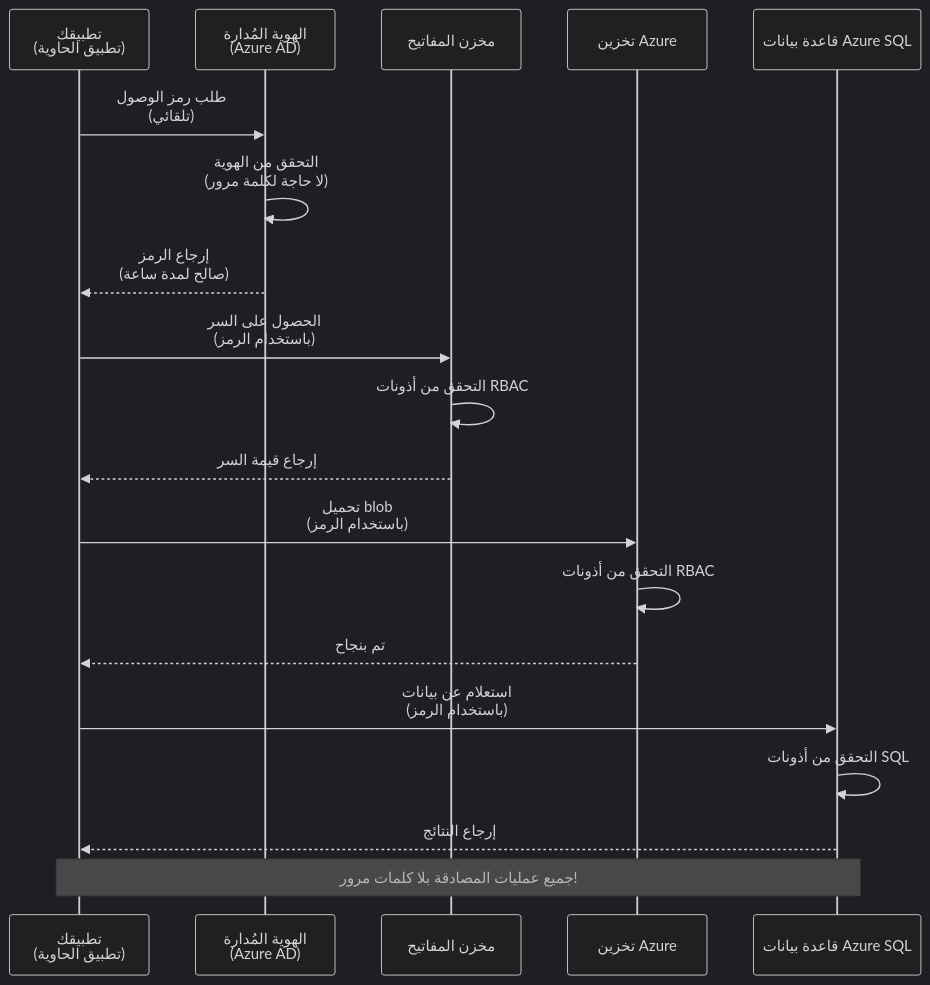
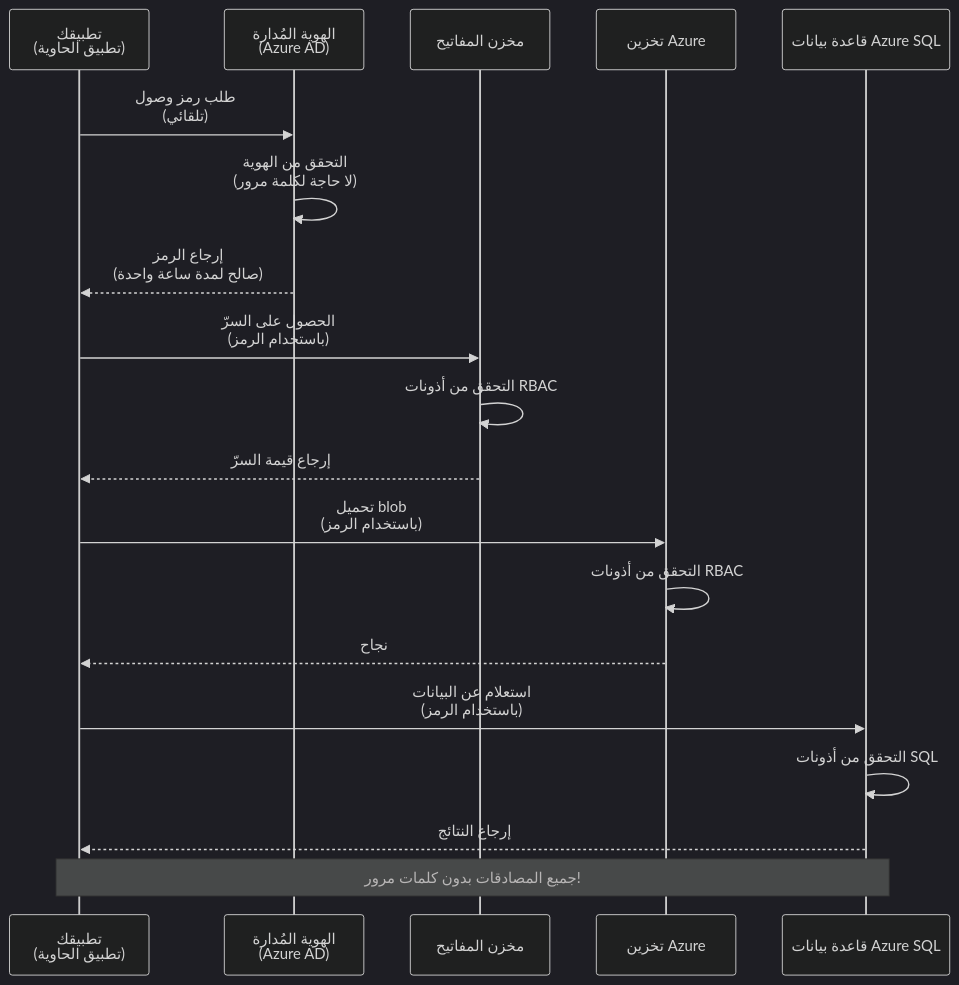
The first of 2 diagrams in translations/ar/docs/chapter-03-configuration/authsecurity.md (microsoft/AZD-for-beginners), drawn with Mermaid (dark theme) before and after one commit. The commit also changed other lines of this file and 101 other files, not shown here.

````diff
--- a/translations/ar/docs/chapter-03-configuration/authsecurity.md
+++ b/translations/ar/docs/chapter-03-configuration/authsecurity.md
@@ -69,26 +69,26 @@
 ```mermaid
 sequenceDiagram
     participant App as تطبيقك<br/>(تطبيق الحاوية)
     participant MI as الهوية المُدارة<br/>(Azure AD)
     participant KV as مخزن المفاتيح
     participant Storage as تخزين Azure
     participant DB as قاعدة بيانات Azure SQL
     
-    App->>MI: طلب رمز الوصول<br/>(تلقائي)
+    App->>MI: طلب رمز وصول<br/>(تلقائي)
     MI->>MI: التحقق من الهوية<br/>(لا حاجة لكلمة مرور)
-    MI-->>App: إرجاع الرمز<br/>(صالح لمدة ساعة)
+    MI-->>App: إرجاع الرمز<br/>(صالح لمدة ساعة واحدة)
     
-    App->>KV: الحصول على السر<br/>(باستخدام الرمز)
+    App->>KV: الحصول على السرّ<br/>(باستخدام الرمز)
     KV->>KV: التحقق من أذونات RBAC
-    KV-->>App: إرجاع قيمة السر
+    KV-->>App: إرجاع قيمة السرّ
     
     App->>Storage: تحميل blob<br/>(باستخدام الرمز)
     Storage->>Storage: التحقق من أذونات RBAC
-    Storage-->>App: تم بنجاح
+    Storage-->>App: نجاح
     
-    App->>DB: استعلام عن بيانات<br/>(باستخدام الرمز)
+    App->>DB: استعلام عن البيانات<br/>(باستخدام الرمز)
     DB->>DB: التحقق من أذونات SQL
     DB-->>App: إرجاع النتائج
     
-    Note over App,DB: جميع عمليات المصادقة بلا كلمات مرور!
+    Note over App,DB: جميع المصادقات بدون كلمات مرور!
 ```
````
